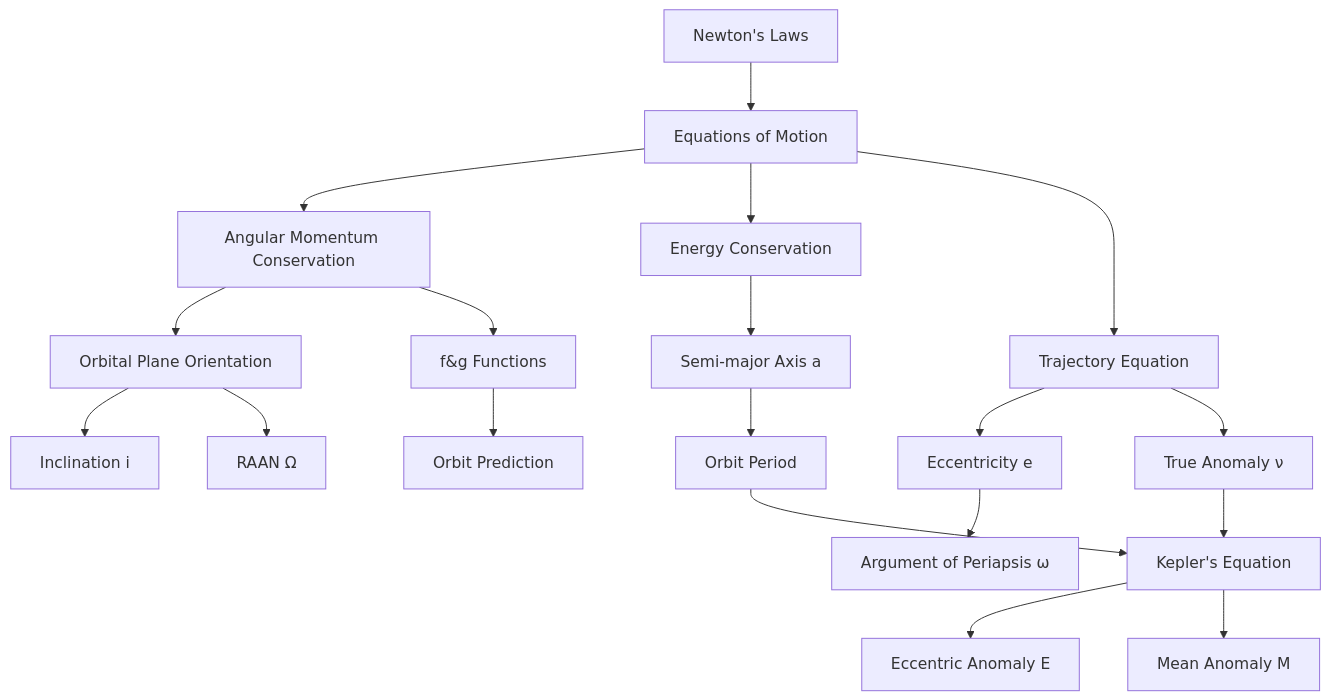
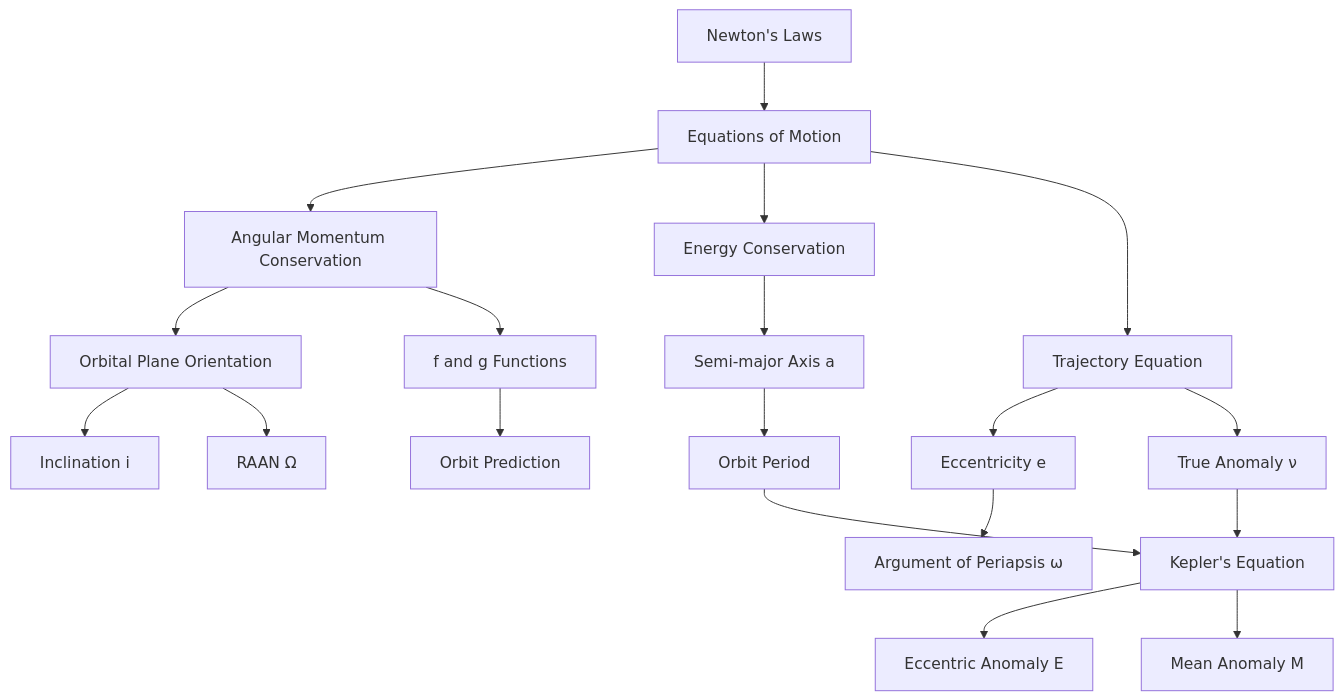
One commit to majikthise911/spce_5025 changed the first of 2 diagrams in wk1/wk1_mastery_guide.md. Above: the diagram before and after it, drawn with Mermaid. The commit also changed other lines of this file and 1 other file, not shown here.

````diff
--- a/wk1/wk1_mastery_guide.md
+++ b/wk1/wk1_mastery_guide.md
@@ -16,21 +16,21 @@
 ```mermaid
 graph TD
     A[Newton's Laws] --> B[Equations of Motion]
     B --> C[Angular Momentum Conservation]
     B --> D[Energy Conservation]
     C --> E[Orbital Plane Orientation]
     E --> F[Inclination i]
     E --> G[RAAN Ω]
     D --> H[Semi-major Axis a]
     B --> I[Trajectory Equation]
     I --> J[Eccentricity e]
     I --> K[True Anomaly ν]
     J --> L[Argument of Periapsis ω]
     H --> M[Orbit Period]
     M --> N[Kepler's Equation]
     K --> N
     N --> O[Eccentric Anomaly E]
     N --> P[Mean Anomaly M]
-    C --> Q[f&g Functions]
+    C --> Q[f and g Functions]
     Q --> R[Orbit Prediction]
 ```
````
